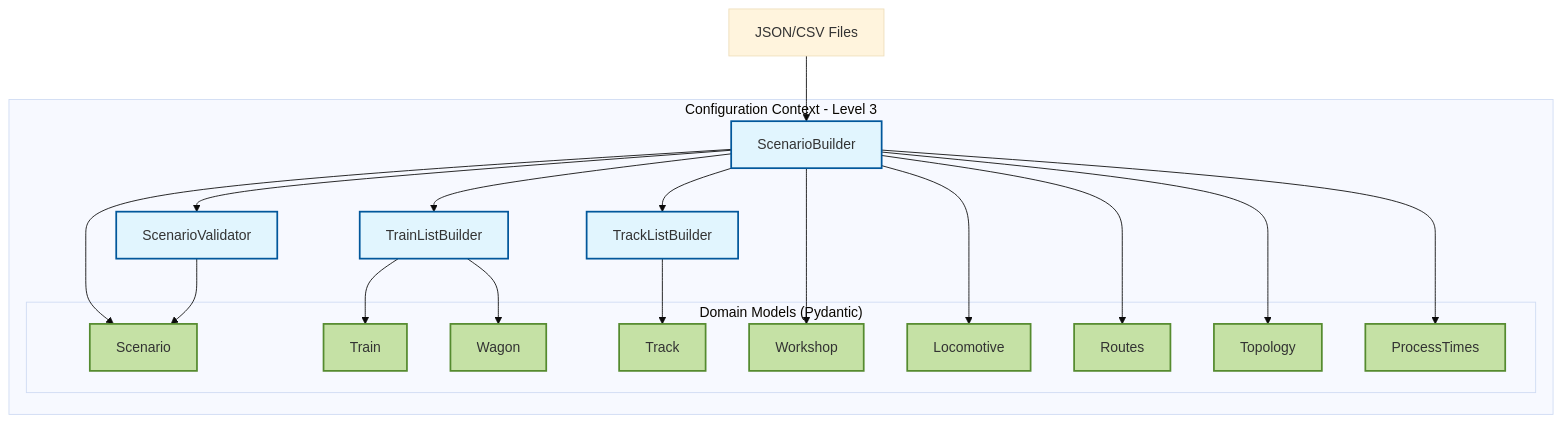
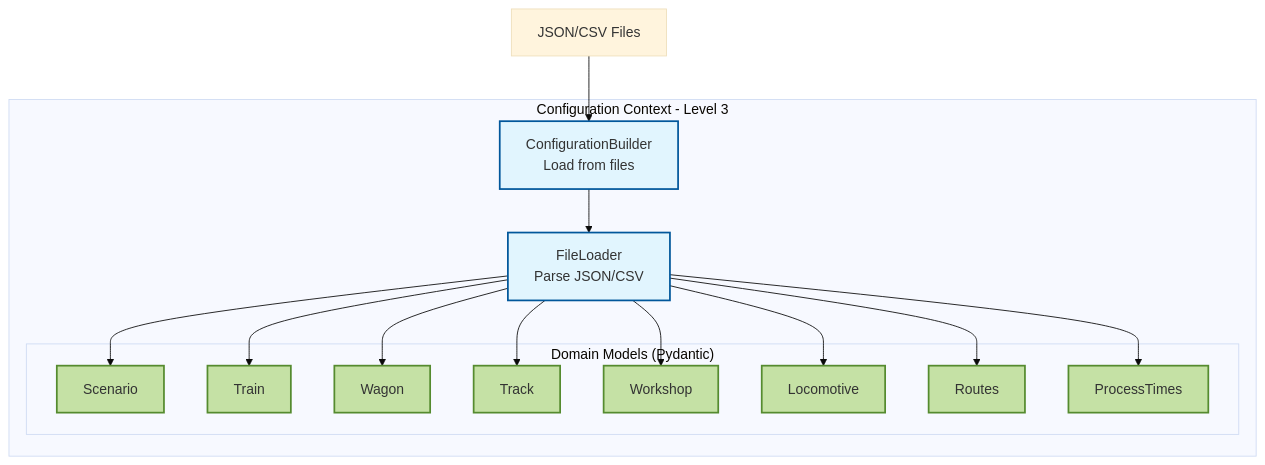
One commit to OpenRailAssociation/dac-migration-dss-popupsim changed the first of 7 diagrams in docs/mvp/architecture/05a-level3-implementation.md. Above: the diagram before and after it, drawn with Mermaid (base theme). The commit also changed other lines of this file and 197 other files, not shown here.

````diff
--- a/docs/mvp/architecture/05a-level3-implementation.md
+++ b/docs/mvp/architecture/05a-level3-implementation.md
@@ -11,42 +11,35 @@
 ```mermaid
 graph TB
     subgraph "Configuration Context - Level 3"
-        SB[ScenarioBuilder]
-        TLB[TrainListBuilder]
-        TKB[TrackListBuilder]
-        SV[ScenarioValidator]
+        Builder["ConfigurationBuilder<br/>Load from files"]
+        Loader["FileLoader<br/>Parse JSON/CSV"]
         
         subgraph "Domain Models (Pydantic)"
             Scenario[Scenario]
             Train[Train]
             Wagon[Wagon]
             Track[Track]
             Workshop[Workshop]
             Locomotive[Locomotive]
             Routes[Routes]
-            Topology[Topology]
             ProcessTimes[ProcessTimes]
         end
     end
     
-    Files[JSON/CSV Files] --> SB
-    SB --> TLB
-    SB --> TKB
-    SB --> SV
-    TLB --> Train
-    TLB --> Wagon
-    TKB --> Track
-    SB --> Scenario
-    SB --> Workshop
-    SB --> Locomotive
-    SB --> Routes
-    SB --> Topology
-    SB --> ProcessTimes
-    SV --> Scenario
+    Files[JSON/CSV Files] --> Builder
+    Builder --> Loader
+    Loader --> Scenario
+    Loader --> Train
+    Loader --> Wagon
+    Loader --> Track
+    Loader --> Workshop
+    Loader --> Locomotive
+    Loader --> Routes
+    Loader --> ProcessTimes
 
     classDef builder fill:#e1f5fe,stroke:#01579b,stroke-width:2px
     classDef model fill:#c5e1a5,stroke:#558b2f,stroke-width:2px
     
-    class SB,TLB,TKB,SV builder
-    class Scenario,Train,Wagon,Track,Workshop,Locomotive,Routes,Topology,ProcessTimes model
+    class Builder,Loader builder
+    class Scenario,Train,Wagon,Track,Workshop,Locomotive,Routes,ProcessTimes model
 ```
````
